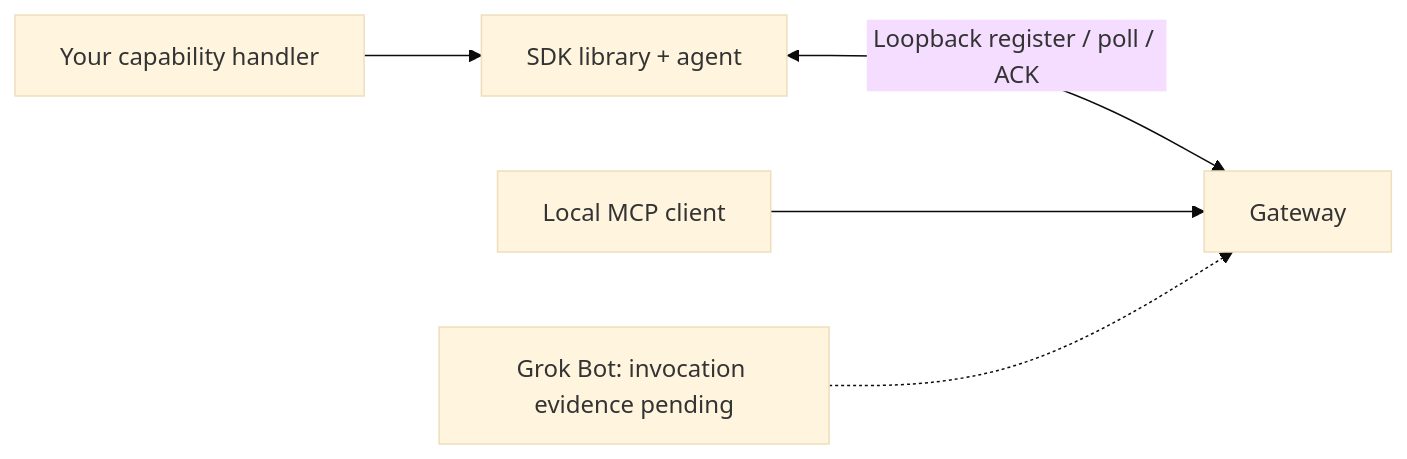
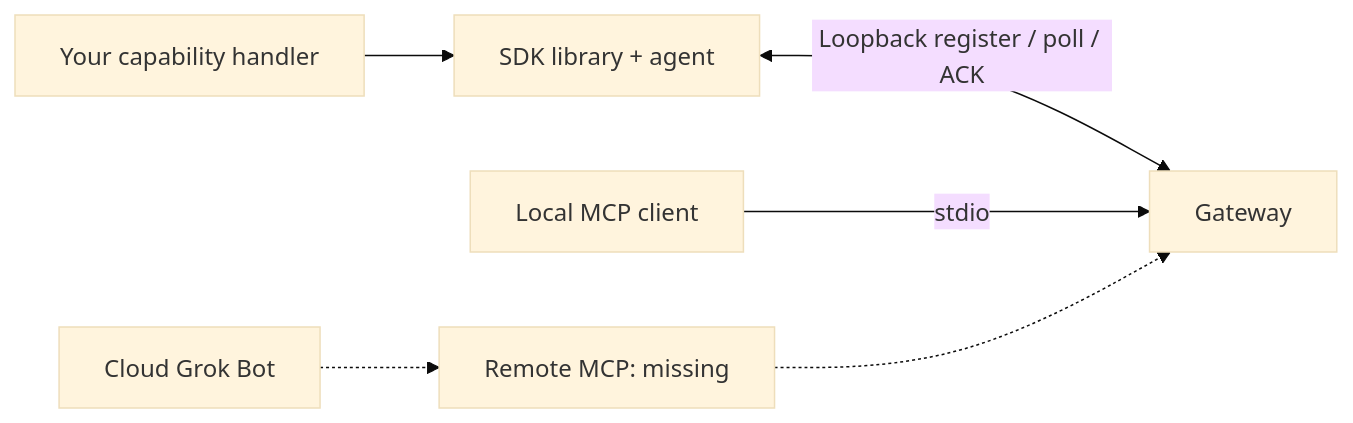
The diagram in docs/components/grok-gadgets-linux-sdk-README.md (adidshaft/grok-gadgets), drawn with Mermaid (base theme) before and after one commit. The commit also changed other lines of this file and 44 other files, not shown here.

````diff
--- a/docs/components/grok-gadgets-linux-sdk-README.md
+++ b/docs/components/grok-gadgets-linux-sdk-README.md
@@ -13,7 +13,8 @@
 ```mermaid
 flowchart LR
     A["Your capability handler"] --> S["SDK library + agent"]
     S <-->|"Loopback register / poll / ACK"| G["Gateway"]
-    C["Local MCP client"] --> G
-    B["Grok Bot: invocation evidence pending"] -.-> G
+    C["Local MCP client"] -->|"stdio"| G
+    B["Cloud Grok Bot"] -.-> R["Remote MCP: missing"]
+    R -.-> G
 ```
````
